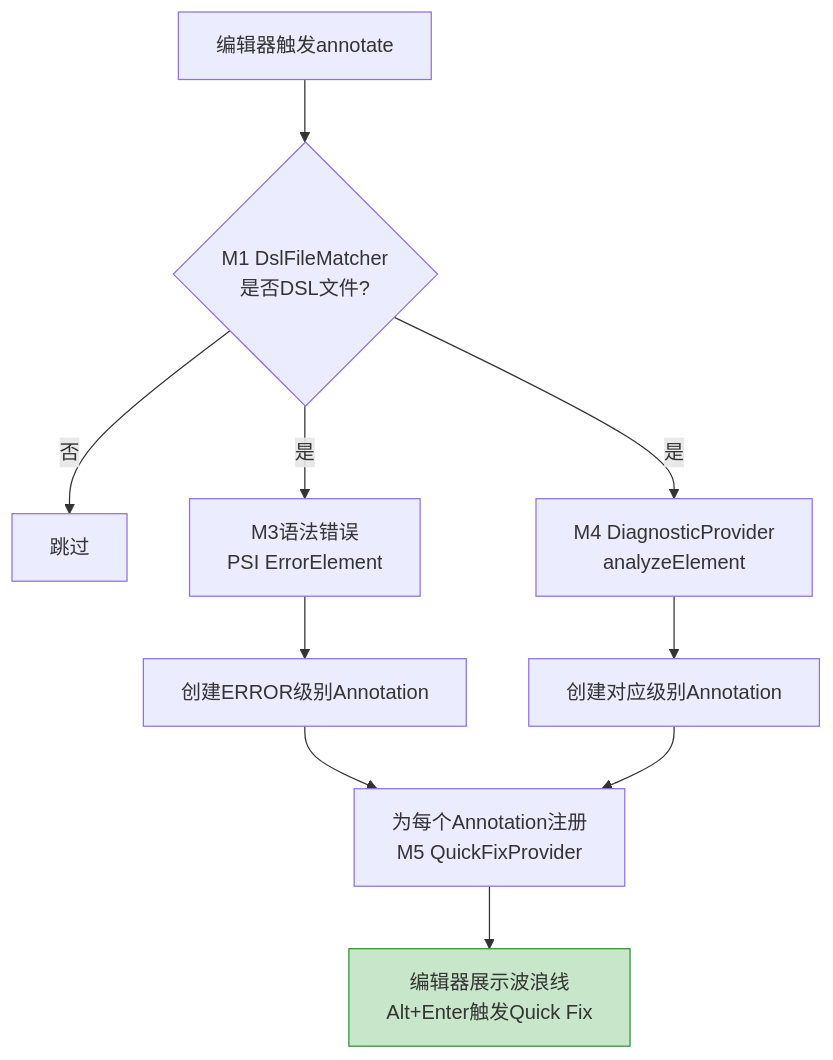
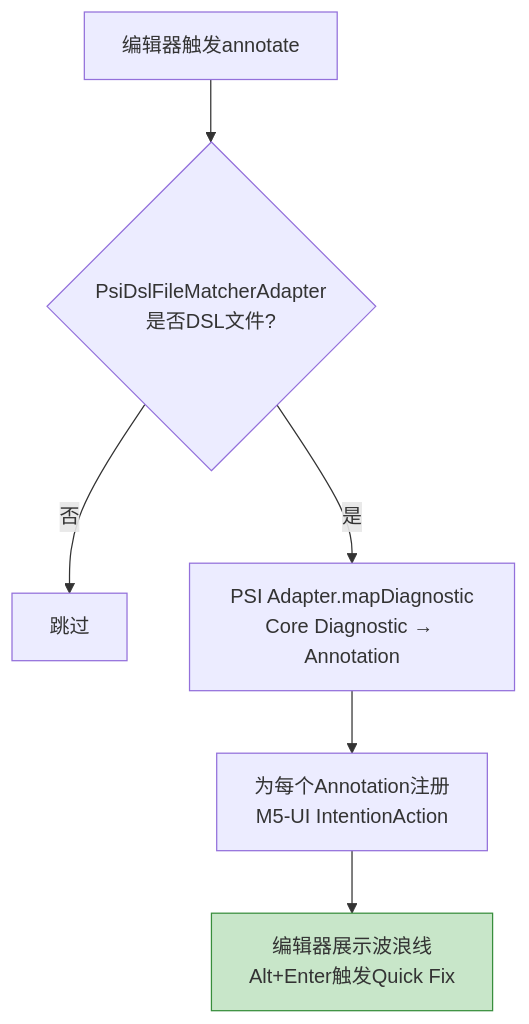
Before and after one commit to araragi-koyomin/theme-engine-dsl-static-analyzer: the diagram in docs/architecture/M6-UIInteraction.md, drawn with Mermaid. The commit also changed other lines of this file, not shown here.

Commit message:
docs: refactor M6-UIInteraction.md with M5-UI merge, PSI Adapter bridge, CLI section

````diff
--- a/docs/architecture/M6-UIInteraction.md
+++ b/docs/architecture/M6-UIInteraction.md
@@ -38,14 +39,10 @@
 ```mermaid
 flowchart TD
-    Annotate[编辑器触发annotate] --> Check{M1 DslFileMatcher<br/>是否DSL文件?}
+    Annotate[编辑器触发annotate] --> Check{PsiDslFileMatcherAdapter<br/>是否DSL文件?}
     Check -->|否| Skip[跳过]
-    Check -->|是| Syntax[M3语法错误<br/>PSI ErrorElement]
-    Syntax --> ErrAnnotation[创建ERROR级别Annotation]
-    Check -->|是| Semantic[M4 DiagnosticProvider<br/>analyzeElement]
-    Semantic --> Annotations[创建对应级别Annotation]
-    ErrAnnotation --> Register[为每个Annotation注册<br/>M5 QuickFixProvider]
-    Annotations --> Register
+    Check -->|是| Bridge[PSI Adapter.mapDiagnostic<br/>Core Diagnostic → Annotation]
+    Bridge --> Register[为每个Annotation注册<br/>M5-UI IntentionAction]
     Register --> Display[编辑器展示波浪线<br/>Alt+Enter触发Quick Fix]
 
     style Display fill:#c8e6c9,stroke:#388e3c
 ```
````
